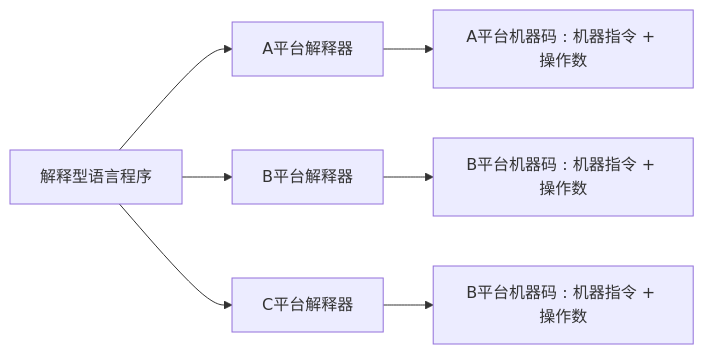
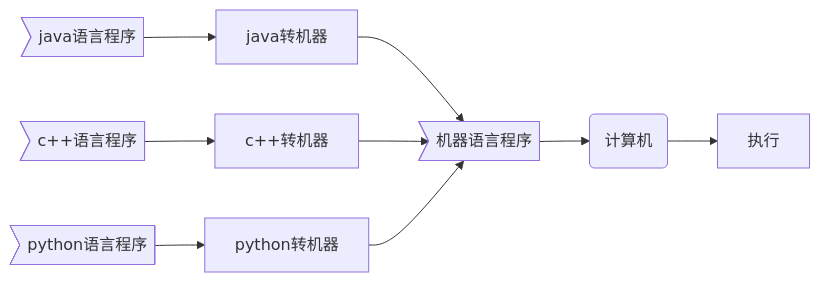
One commit to xiaozhengyu/StudyNotes changed the first of 2 diagrams in 等待完成√√√√√√/JVM、JRE、JDK、SDK.md. Above: the diagram before and after it, drawn with Mermaid. The commit also changed other lines of this file and 4 other files, not shown here.

````diff
--- a/等待完成√√√√√√/JVM、JRE、JDK、SDK.md
+++ b/等待完成√√√√√√/JVM、JRE、JDK、SDK.md
@@ -29,14 +11,18 @@
 ```mermaid
 graph LR
-explainLanguage[解释型语言程序]
-explainerA[A平台解释器]
-explainerB[B平台解释器]
-explainerC[C平台解释器]
-machineCodeA[A平台机器码 : 机器指令 + 操作数]
-machineCodeB[B平台机器码 : 机器指令 + 操作数]
-machineCodeC[B平台机器码 : 机器指令 + 操作数]
+computer(计算机)
+machine>机器语言程序]
+java>java语言程序]
+c++>c++语言程序]
+python>python语言程序]
 
-explainLanguage-->explainerA-->machineCodeA
-explainLanguage-->explainerB-->machineCodeB
-explainLanguage-->explainerC-->machineCodeC
+j2m[java转机器]
+c2m[c++转机器]
+p2m[python转机器]
+run[执行]
+
+machine-->computer-->run
+java-->j2m-->machine
+c++-->c2m-->machine
+python-->p2m-->machine
 ```
````
